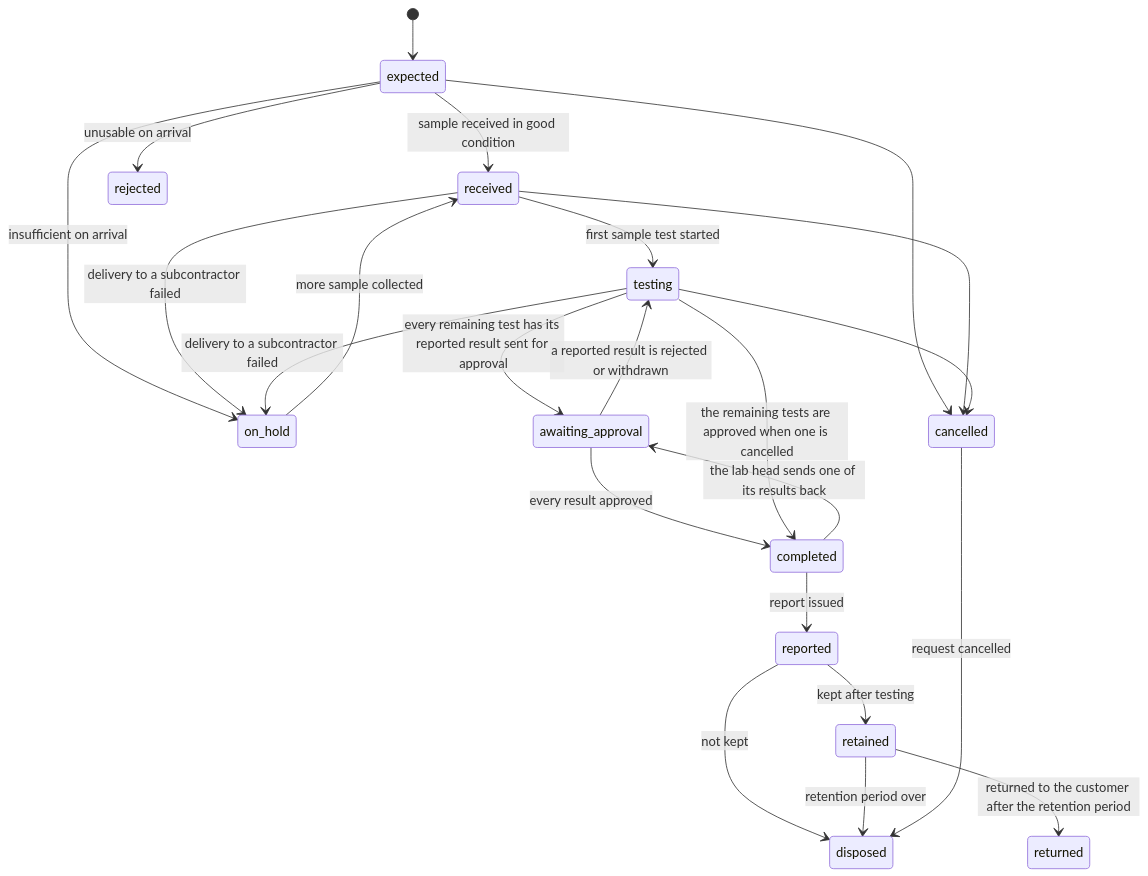
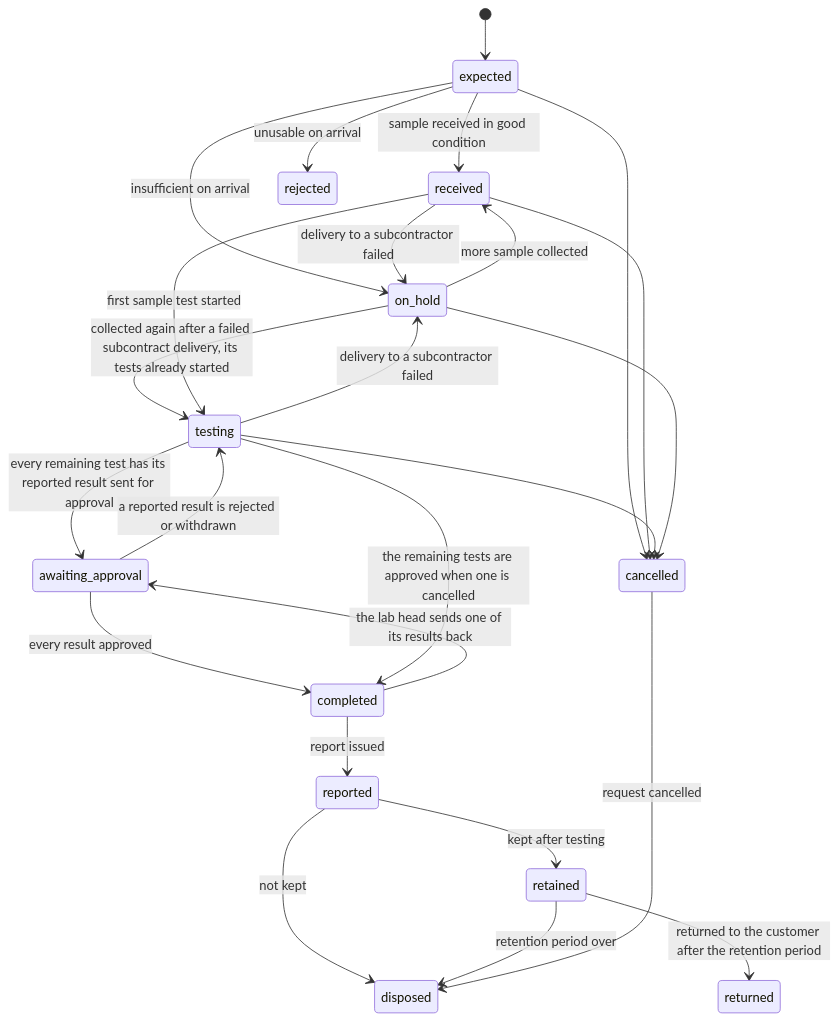
One commit to SoltuneMontepre/medilab changed the third of 9 diagrams in docs/functional/laboratory_module/overview.md. Above: the diagram before and after it, drawn with Mermaid. The commit also changed 6 other files, not shown here.

Commit message:
[docs] Cancel held samples, resume testing after re-collection, open templates to their editors and route linked report corrections

````diff
--- a/docs/functional/laboratory_module/overview.md
+++ b/docs/functional/laboratory_module/overview.md
@@ -82,25 +82,27 @@
 ```mermaid
 stateDiagram-v2
     [*] --> expected
     expected --> received: sample received in good condition
     expected --> rejected: unusable on arrival
     expected --> on_hold: insufficient on arrival
     on_hold --> received: more sample collected
+    on_hold --> testing: collected again after a failed subcontract delivery, its tests already started
     received --> on_hold: delivery to a subcontractor failed
     testing --> on_hold: delivery to a subcontractor failed
     received --> testing: first sample test started
     testing --> awaiting_approval: every remaining test has its reported result sent for approval
     awaiting_approval --> testing: a reported result is rejected or withdrawn
     awaiting_approval --> completed: every result approved
     testing --> completed: the remaining tests are approved when one is cancelled
     completed --> reported: report issued
     completed --> awaiting_approval: the lab head sends one of its results back
     reported --> retained: kept after testing
     reported --> disposed: not kept
     retained --> disposed: retention period over
     retained --> returned: returned to the customer after the retention period
     cancelled --> disposed: request cancelled
     expected --> cancelled
     received --> cancelled
     testing --> cancelled
+    on_hold --> cancelled
 ```
````
